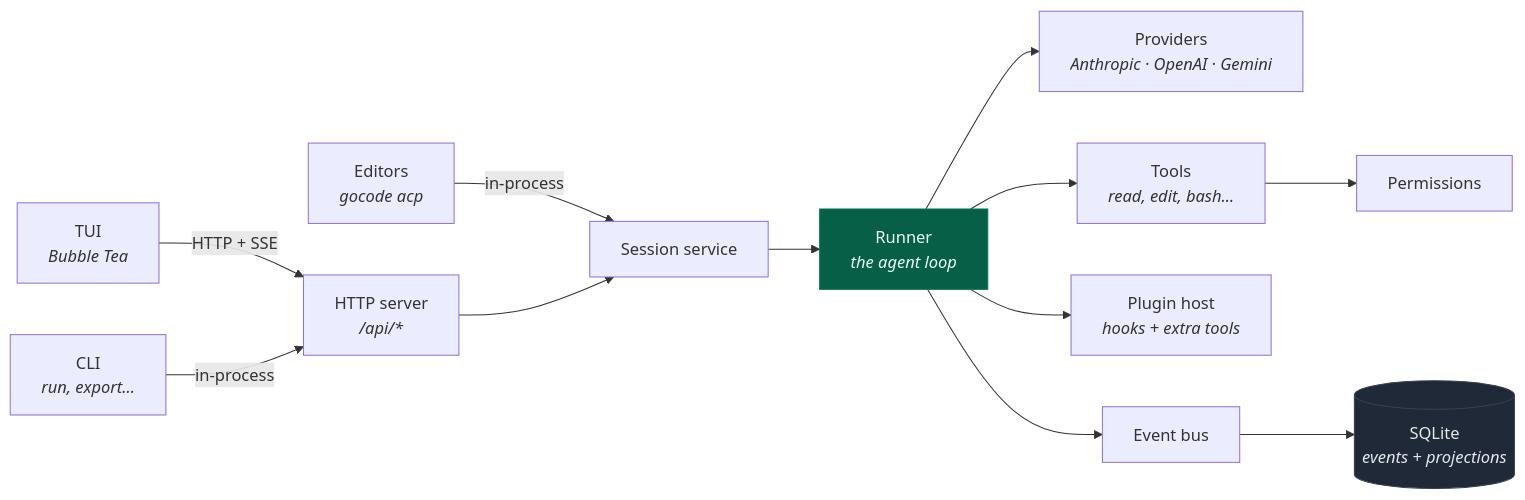
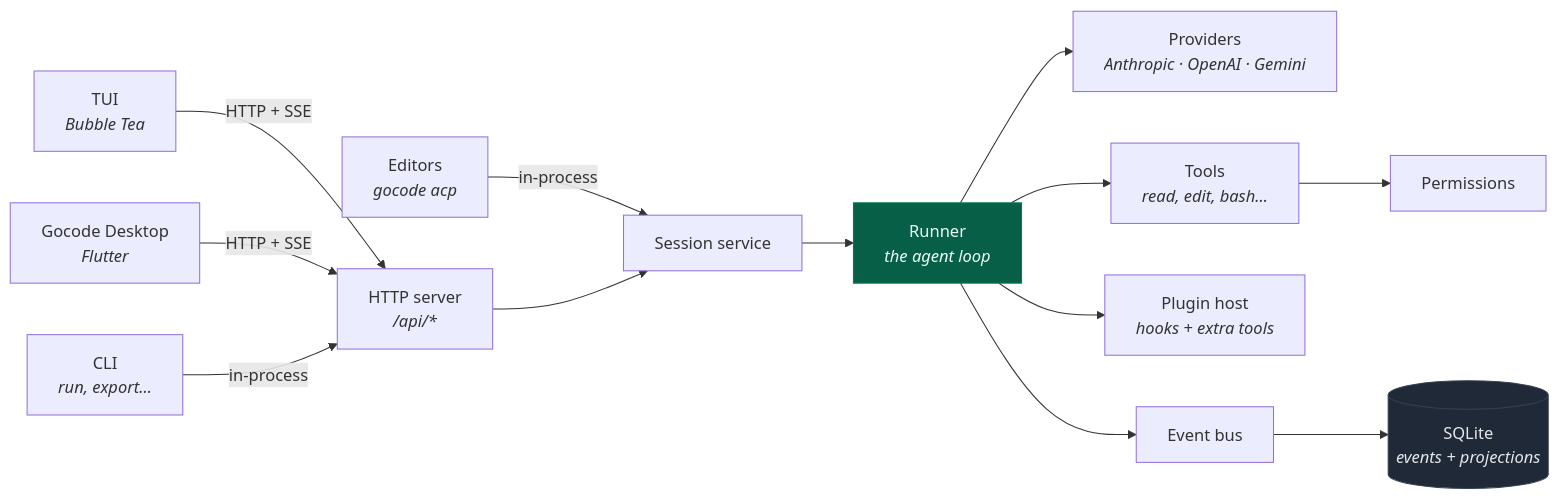
One commit to langazov/gocode changed the diagram in README.md. Above: the diagram before and after it, drawn with Mermaid. The commit also changed other lines of this file and 10 other files, not shown here.

Commit message:
feat(docs): add Gocode Desktop documentation and screenshots

````diff
--- a/README.md
+++ b/README.md
@@ -257,17 +322,18 @@
 ```mermaid
 flowchart LR
   TUI["TUI<br/><i>Bubble Tea</i>"] -->|HTTP + SSE| SRV
+  DESK["Gocode Desktop<br/><i>Flutter</i>"] -->|HTTP + SSE| SRV
   CLI["CLI<br/><i>run, export…</i>"] -->|in-process| SRV
   ACP["Editors<br/><i>gocode acp</i>"] -->|in-process| SVC
   SRV["HTTP server<br/><i>/api/*</i>"] --> SVC["Session service"]
   SVC --> RUN["Runner<br/><i>the agent loop</i>"]
   RUN --> LLM["Providers<br/><i>Anthropic · OpenAI · Gemini</i>"]
   RUN --> TOOLS["Tools<br/><i>read, edit, bash…</i>"]
   TOOLS --> PERM["Permissions"]
   RUN --> PLUG["Plugin host<br/><i>hooks + extra tools</i>"]
   RUN --> BUS["Event bus"]
   BUS --> DB[("SQLite<br/><i>events + projections</i>")]
 
   style DB fill:#1f2937,stroke:#374151,color:#e5e7eb
   style RUN fill:#065f46,stroke:#047857,color:#ecfdf5
 ```
````
